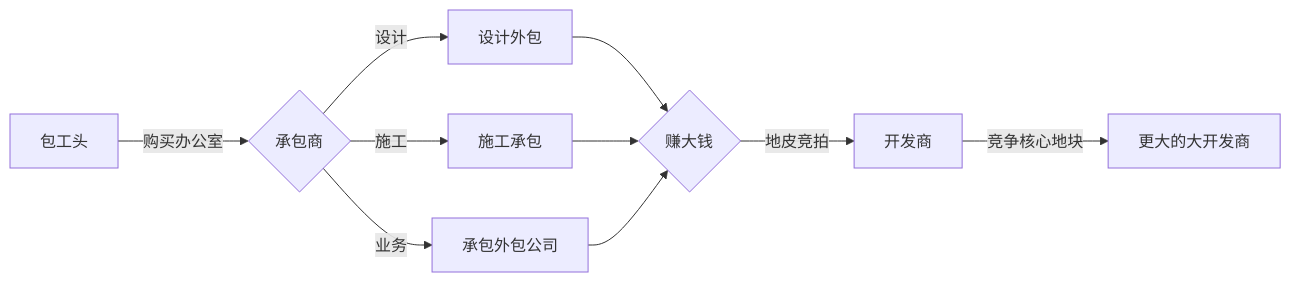
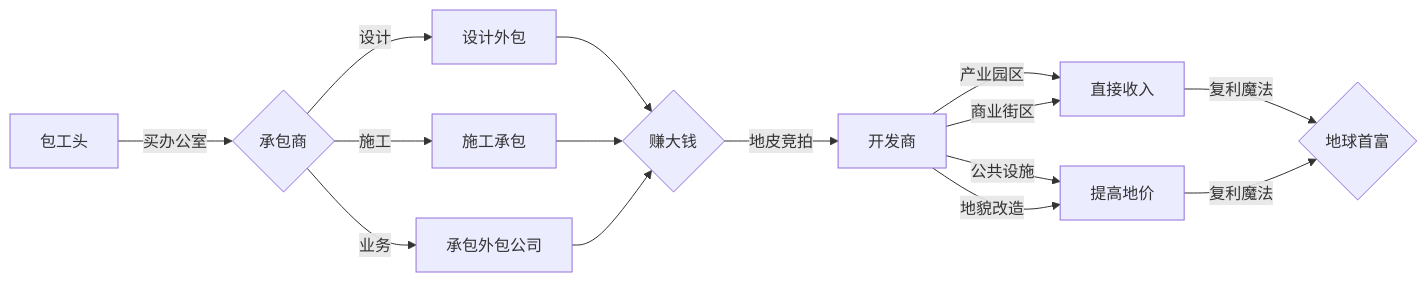
One commit to GoodTimeStudio/earth-developer-documents changed the diagram in docs/new/earth developer.md. Above: the diagram before and after it, drawn with Mermaid. The commit also changed other lines of this file and 3 other files, not shown here.

````diff
--- a/docs/new/earth developer.md
+++ b/docs/new/earth developer.md
@@ -30,12 +30,17 @@
 ```mermaid
 graph LR
-    A[包工头] -->|购买办公室| B{承包商};
+    A[包工头] -->|买办公室| B{承包商};
     B -->|设计| C[设计外包];
     B -->|施工| D[施工承包];
     B -->|业务| E[承包外包公司];
     C --> F{赚大钱};
     D --> F{赚大钱};
     E --> F{赚大钱};
     F -->|地皮竞拍| G[开发商];
-    G -->|竞争核心地块| H[更大的大开发商];
+    G -->|产业园区| H[直接收入];
+    G -->|商业街区| H[直接收入];
+    G -->|公共设施| I[提高地价];
+    G -->|地貌改造| I[提高地价];
+    H -->|复利魔法| J{地球首富};
+    I -->|复利魔法| J{地球首富};
 ```
````
